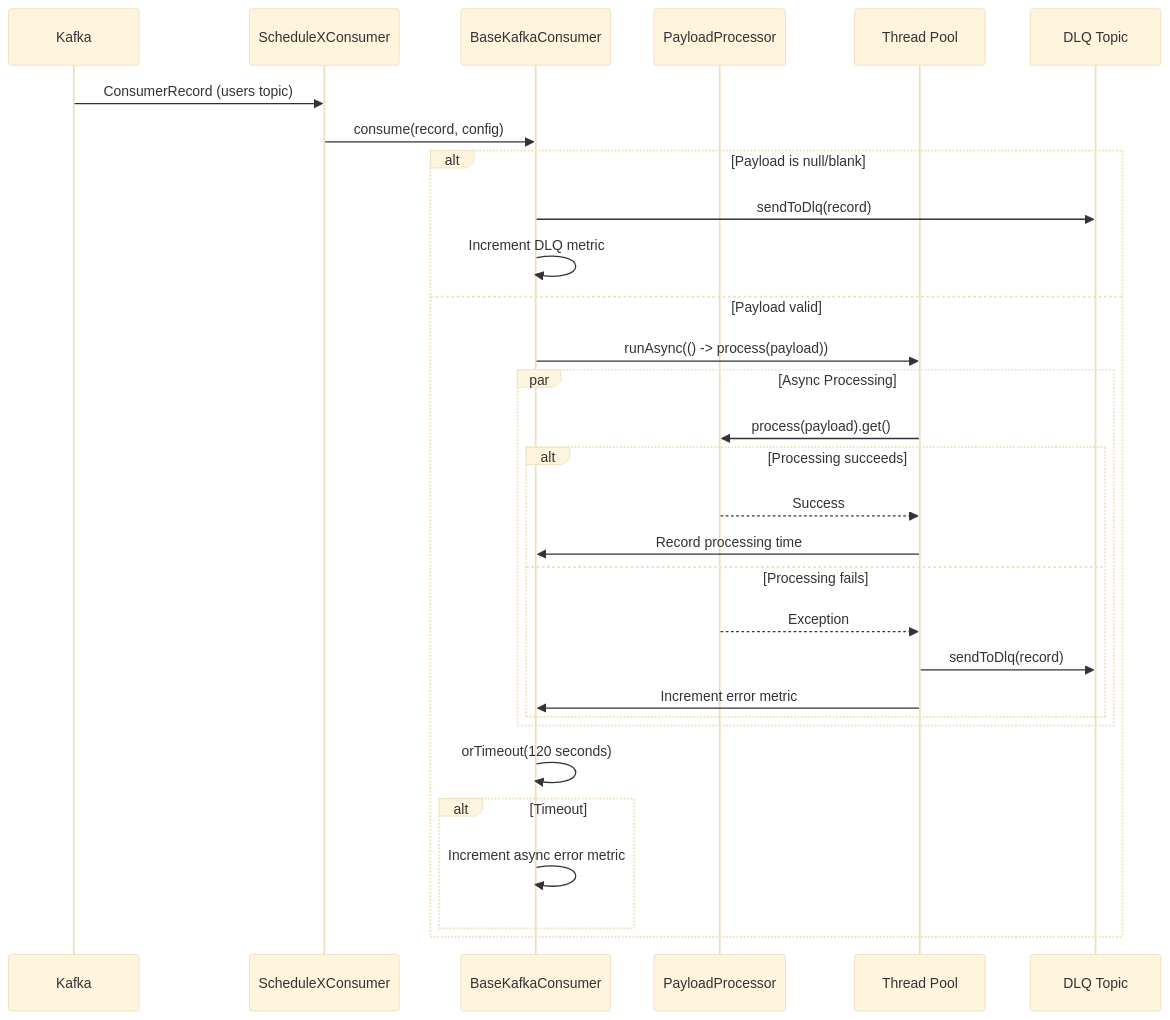
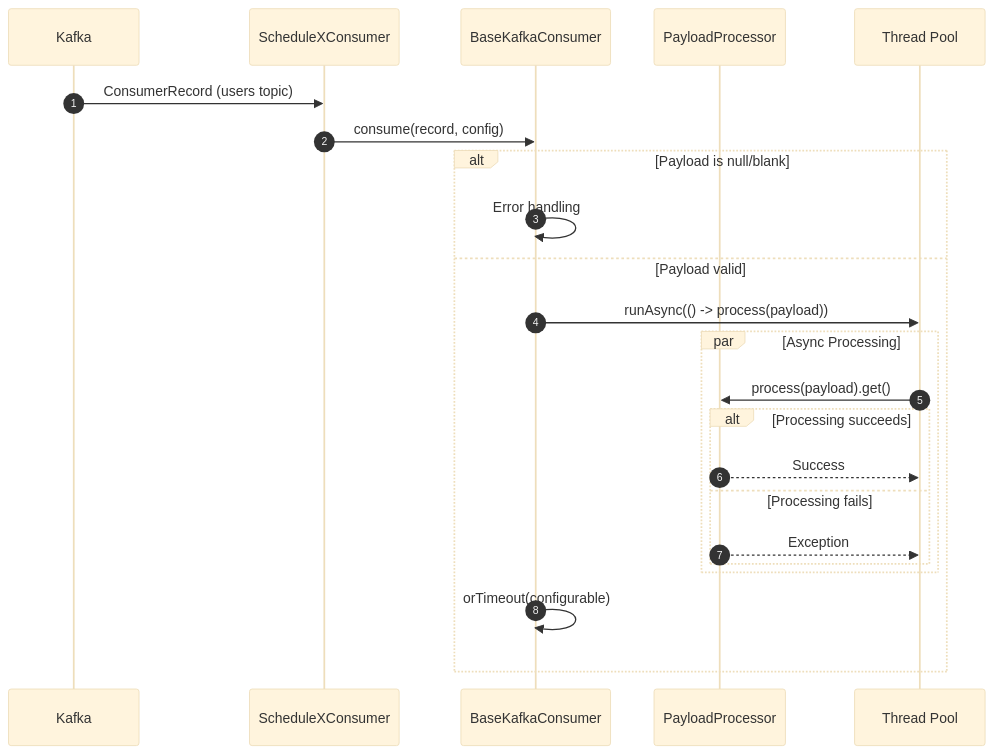
Before and after one commit to kagit00/schedule_x: the fifth of 27 diagrams in docs/Low Level Designs/NodesImport.md, drawn with Mermaid (base theme). The commit also changed other lines of this file and 7 other files, not shown here.

````diff
--- a/docs/Low Level Designs/NodesImport.md
+++ b/docs/Low Level Designs/NodesImport.md
@@ -259,38 +214,30 @@
 ```mermaid
 sequenceDiagram
+    autonumber
     participant Kafka
     participant Consumer as ScheduleXConsumer
     participant Base as BaseKafkaConsumer
     participant Processor as PayloadProcessor
     participant Executor as Thread Pool
-    participant DLQ as DLQ Topic
     
     Kafka->>Consumer: ConsumerRecord (users topic)
     Consumer->>Base: consume(record, config)
     
     alt Payload is null/blank
-        Base->>DLQ: sendToDlq(record)
-        Base->>Base: Increment DLQ metric
+        Base->>Base: Error handling
     else Payload valid
         Base->>Executor: runAsync(() -> process(payload))
         
         par Async Processing
             Executor->>Processor: process(payload).get()
             
             alt Processing succeeds
                 Processor-->>Executor: Success
-                Executor->>Base: Record processing time
             else Processing fails
                 Processor-->>Executor: Exception
-                Executor->>DLQ: sendToDlq(record)
-                Executor->>Base: Increment error metric
             end
         end
         
-        Base->>Base: orTimeout(120 seconds)
-        
-        alt Timeout
-            Base->>Base: Increment async error metric
-        end
+        Base->>Base: orTimeout(configurable)
     end
 ```
````
